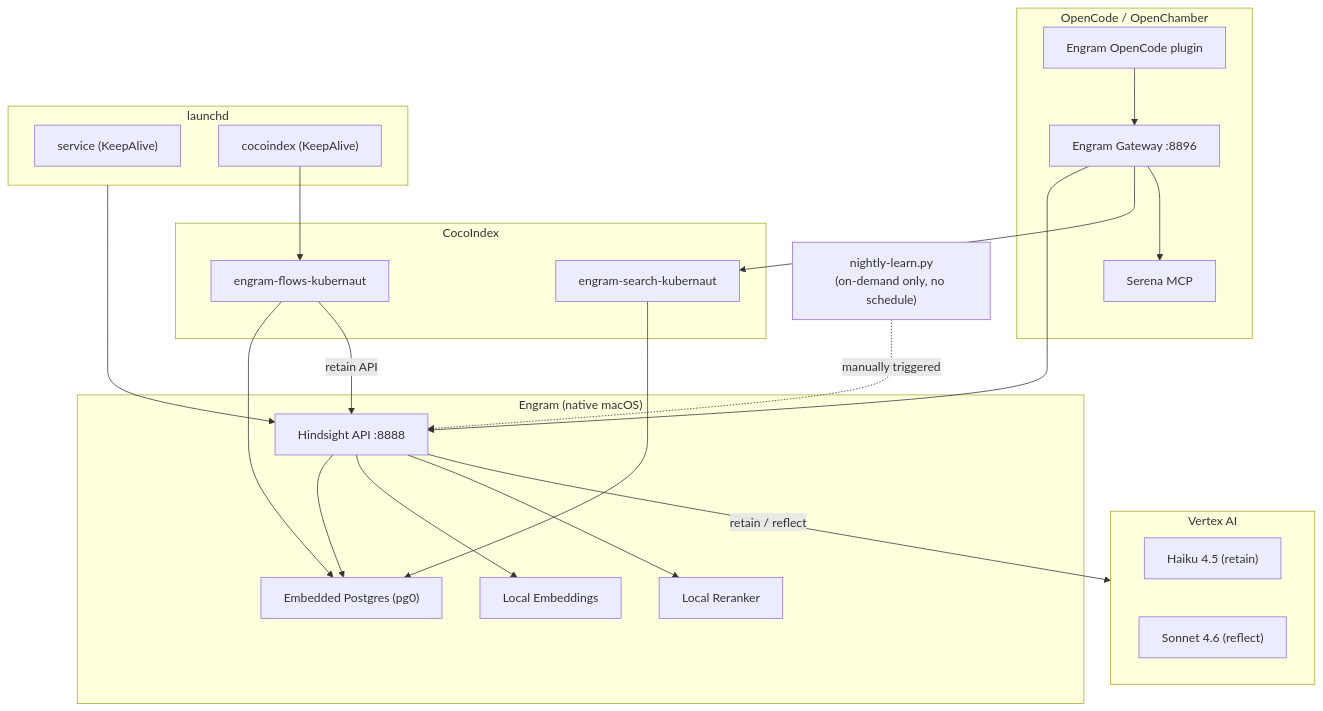
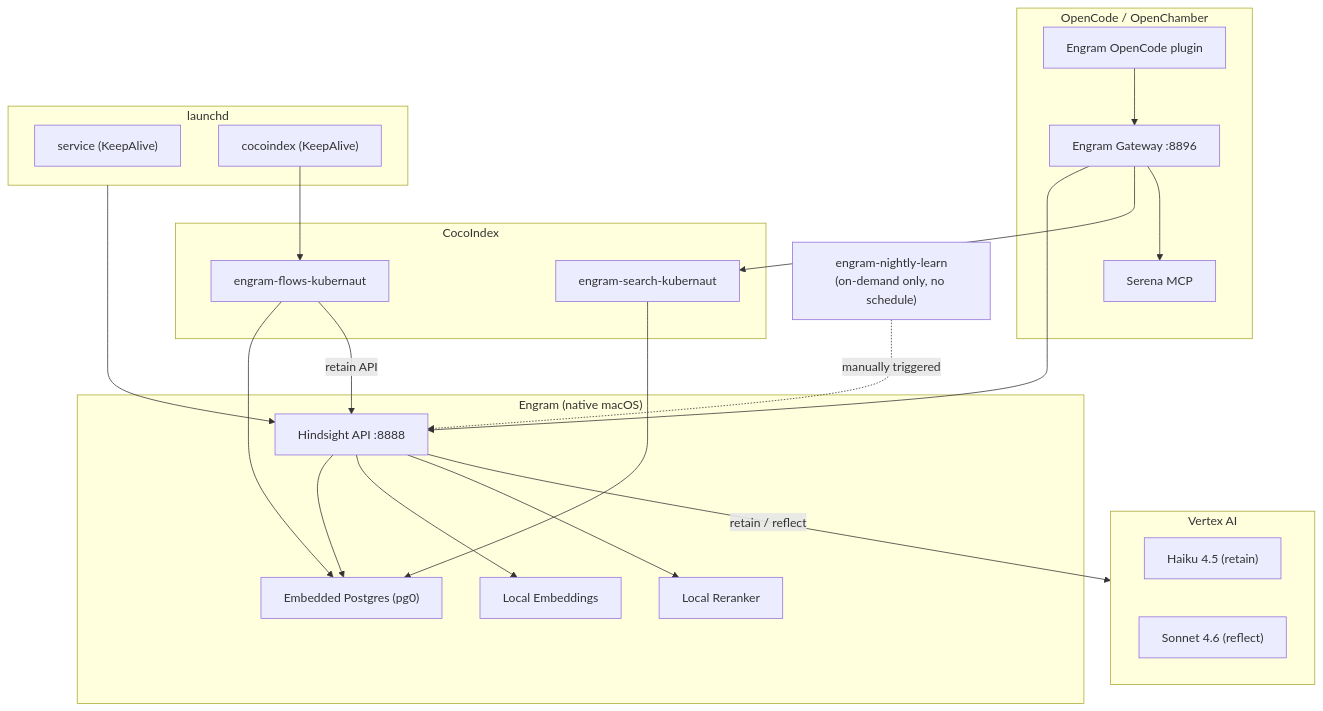
The second of 2 diagrams in README.md (jordigilh/engram), drawn with Mermaid before and after one commit. The commit also changed other lines of this file and 12 other files, not shown here.

````diff
--- a/README.md
+++ b/README.md
@@ -137,47 +137,47 @@
 ```mermaid
 graph TB
     subgraph client["OpenCode / OpenChamber"]
         plugin["Engram OpenCode plugin"]
         gateway["Engram Gateway :8896"]
         serena["Serena MCP"]
         plugin --> gateway
     end
 
     subgraph engram["Engram (native macOS)"]
         api["Hindsight API :8888"]
         pg["Embedded Postgres (pg0)"]
         emb["Local Embeddings"]
         rerank["Local Reranker"]
     end
 
     subgraph cocoindex_engine["CocoIndex"]
         coco["engram-flows-kubernaut"]
         coco_search["engram-search-kubernaut"]
         coco --> pg
         coco_search --> pg
     end
 
     subgraph vertex["Vertex AI"]
         haiku["Haiku 4.5 (retain)"]
         sonnet["Sonnet 4.6 (reflect)"]
     end
 
     subgraph launchd["launchd"]
         svc["service (KeepAlive)"]
         coco_svc["cocoindex (KeepAlive)"]
     end
 
-    nightly["nightly-learn.py<br/>(on-demand only, no schedule)"]
+    nightly["engram-nightly-learn<br/>(on-demand only, no schedule)"]
 
     gateway --> api
     gateway --> coco_search
     gateway --> serena
     api --> pg
     api --> emb
     api --> rerank
     api -->|"retain / reflect"| vertex
     launchd --> api
     nightly -.->|"manually triggered"| api
     coco_svc --> coco
     coco -->|"retain API"| api
 ```
````
